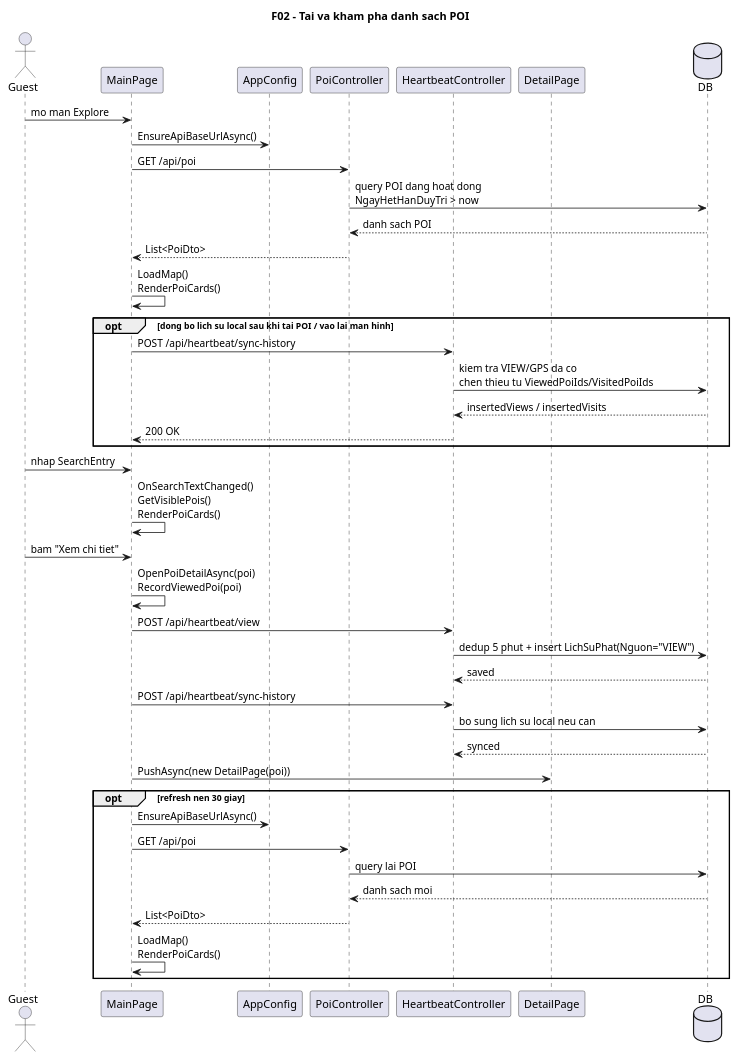
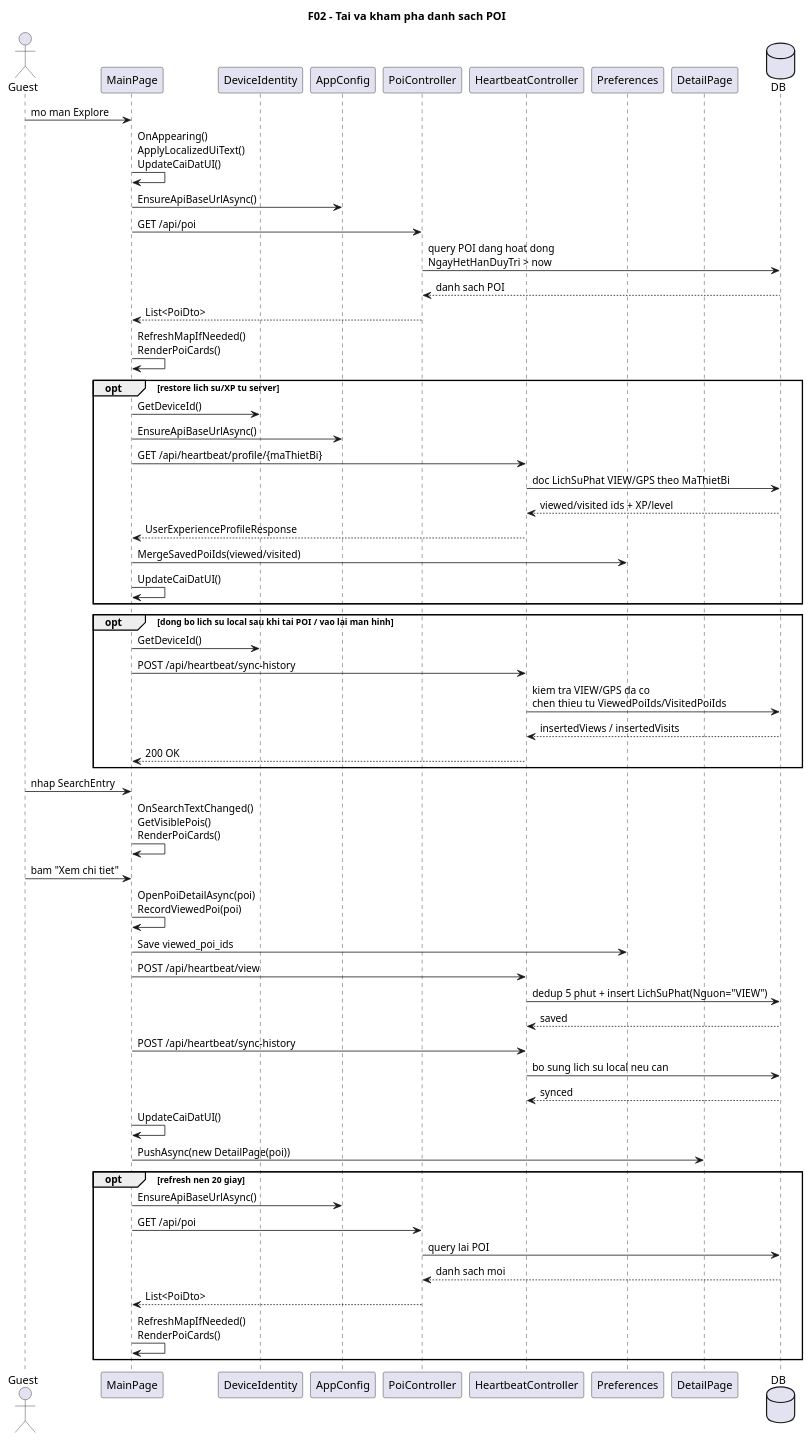
The diagram in docs/diagrams/02-poi-explore-sequence.puml (VoBao182/PhoAmThuc), drawn with PlantUML before and after one commit. The commit also changed 60 other files, not shown here.

```diff
--- a/docs/diagrams/02-poi-explore-sequence.puml
+++ b/docs/diagrams/02-poi-explore-sequence.puml
@@ -1,55 +1,74 @@
 @startuml
 ' Diagram: F02 - Tai va kham pha danh sach POI (Sequence)
 ' Status: WIP
-' Baseline: branch master, HEAD a5fde70
+' Baseline: branch master, HEAD 0b9ca4b + working tree 2026-04-22
 ' Source:
-' - VinhKhanhTourDemo/MainPage.xaml.cs: OnAppearing(), LoadPoisFromApi(), OnSearchTextChanged(), OpenPoiDetailAsync(), RecordPoiViewAsync(), SyncPoiHistoryAsync()
+' - VinhKhanhTourDemo/MainPage.xaml.cs: OnAppearing(), LoadPoisFromApi(), RestorePoiHistoryAsync(), OnSearchTextChanged(), OpenPoiDetailAsync(), RecordPoiViewAsync(), SyncPoiHistoryAsync(), RefreshPoisInBackgroundAsync()
+' - VinhKhanhTourDemo/DeviceIdentity.cs: GetDeviceId()
 ' - VinhKhanhTour.API/Controllers/PoiController.cs: GetAll()
-' - VinhKhanhTour.API/Controllers/HeartbeatController.cs: RecordView(), SyncHistory()
-' Note: Da bo sung luong dong bo lich su local -> server; cac buoc khac duoc giu nguyen.
+' - VinhKhanhTour.API/Controllers/HeartbeatController.cs: GetExperienceProfile(), RecordView(), SyncHistory()
+' Note: Da cap nhat theo luong restore profile/XP va refresh 20 giay trong MainPage hien tai.
 title F02 - Tai va kham pha danh sach POI
 
 actor Guest
 participant MainPage
+participant DeviceIdentity
 participant AppConfig
 participant "PoiController" as PoiController
 participant "HeartbeatController" as HeartbeatController
+participant Preferences
 participant DetailPage
 database DB
 
 Guest -> MainPage: mo man Explore
+MainPage -> MainPage: OnAppearing()\nApplyLocalizedUiText()\nUpdateCaiDatUI()
 MainPage -> AppConfig: EnsureApiBaseUrlAsync()
 MainPage -> PoiController: GET /api/poi
 PoiController -> DB: query POI dang hoat dong\nNgayHetHanDuyTri > now
 DB --> PoiController: danh sach POI
 PoiController --> MainPage: List<PoiDto>
-MainPage -> MainPage: LoadMap()\nRenderPoiCards()
+MainPage -> MainPage: RefreshMapIfNeeded()\nRenderPoiCards()
+
+opt restore lich su/XP tu server
+  MainPage -> DeviceIdentity: GetDeviceId()
+  MainPage -> AppConfig: EnsureApiBaseUrlAsync()
+  MainPage -> HeartbeatController: GET /api/heartbeat/profile/{maThietBi}
+  HeartbeatController -> DB: doc LichSuPhat VIEW/GPS theo MaThietBi
+  DB --> HeartbeatController: viewed/visited ids + XP/level
+  HeartbeatController --> MainPage: UserExperienceProfileResponse
+  MainPage -> Preferences: MergeSavedPoiIds(viewed/visited)
+  MainPage -> MainPage: UpdateCaiDatUI()
+end
+
 opt dong bo lich su local sau khi tai POI / vao lai man hinh
+  MainPage -> DeviceIdentity: GetDeviceId()
   MainPage -> HeartbeatController: POST /api/heartbeat/sync-history
   HeartbeatController -> DB: kiem tra VIEW/GPS da co\nchen thieu tu ViewedPoiIds/VisitedPoiIds
   DB --> HeartbeatController: insertedViews / insertedVisits
   HeartbeatController --> MainPage: 200 OK
 end
 
 Guest -> MainPage: nhap SearchEntry
 MainPage -> MainPage: OnSearchTextChanged()\nGetVisiblePois()\nRenderPoiCards()
 
 Guest -> MainPage: bam "Xem chi tiet"
 MainPage -> MainPage: OpenPoiDetailAsync(poi)\nRecordViewedPoi(poi)
+MainPage -> Preferences: Save viewed_poi_ids
 MainPage -> HeartbeatController: POST /api/heartbeat/view
 HeartbeatController -> DB: dedup 5 phut + insert LichSuPhat(Nguon="VIEW")
 DB --> HeartbeatController: saved
 MainPage -> HeartbeatController: POST /api/heartbeat/sync-history
 HeartbeatController -> DB: bo sung lich su local neu can
 DB --> HeartbeatController: synced
+MainPage -> MainPage: UpdateCaiDatUI()
 MainPage -> DetailPage: PushAsync(new DetailPage(poi))
 
-opt refresh nen 30 giay
+opt refresh nen 20 giay
   MainPage -> AppConfig: EnsureApiBaseUrlAsync()
   MainPage -> PoiController: GET /api/poi
   PoiController -> DB: query lai POI
   DB --> PoiController: danh sach moi
   PoiController --> MainPage: List<PoiDto>
-  MainPage -> MainPage: LoadMap()\nRenderPoiCards()
+  MainPage -> MainPage: RefreshMapIfNeeded()\nRenderPoiCards()
 end
 @enduml
```
